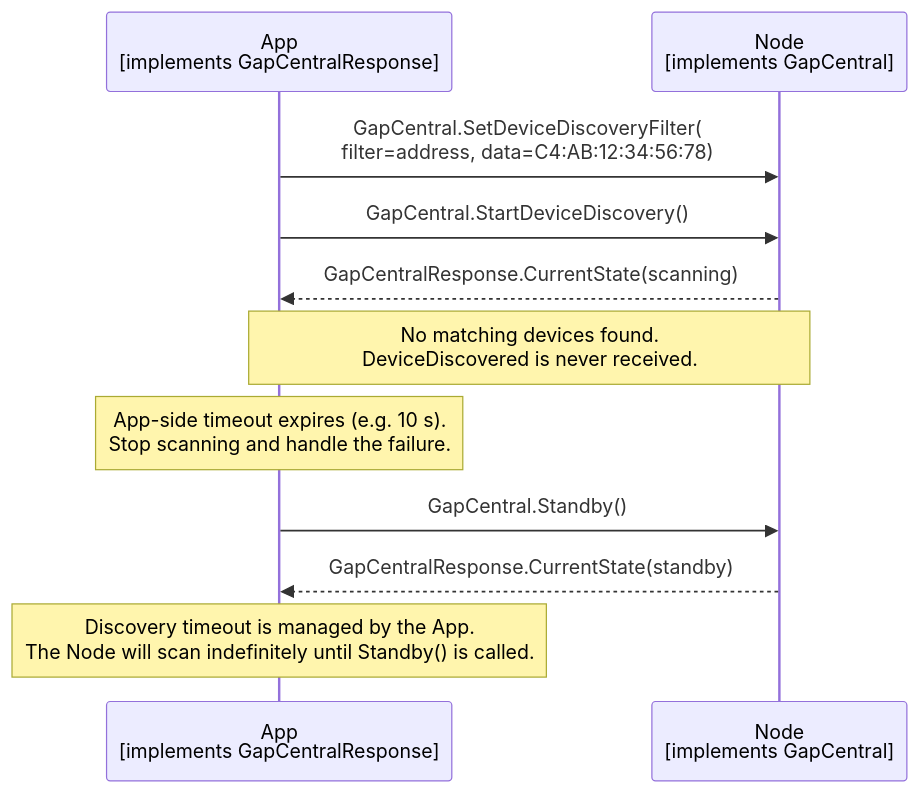
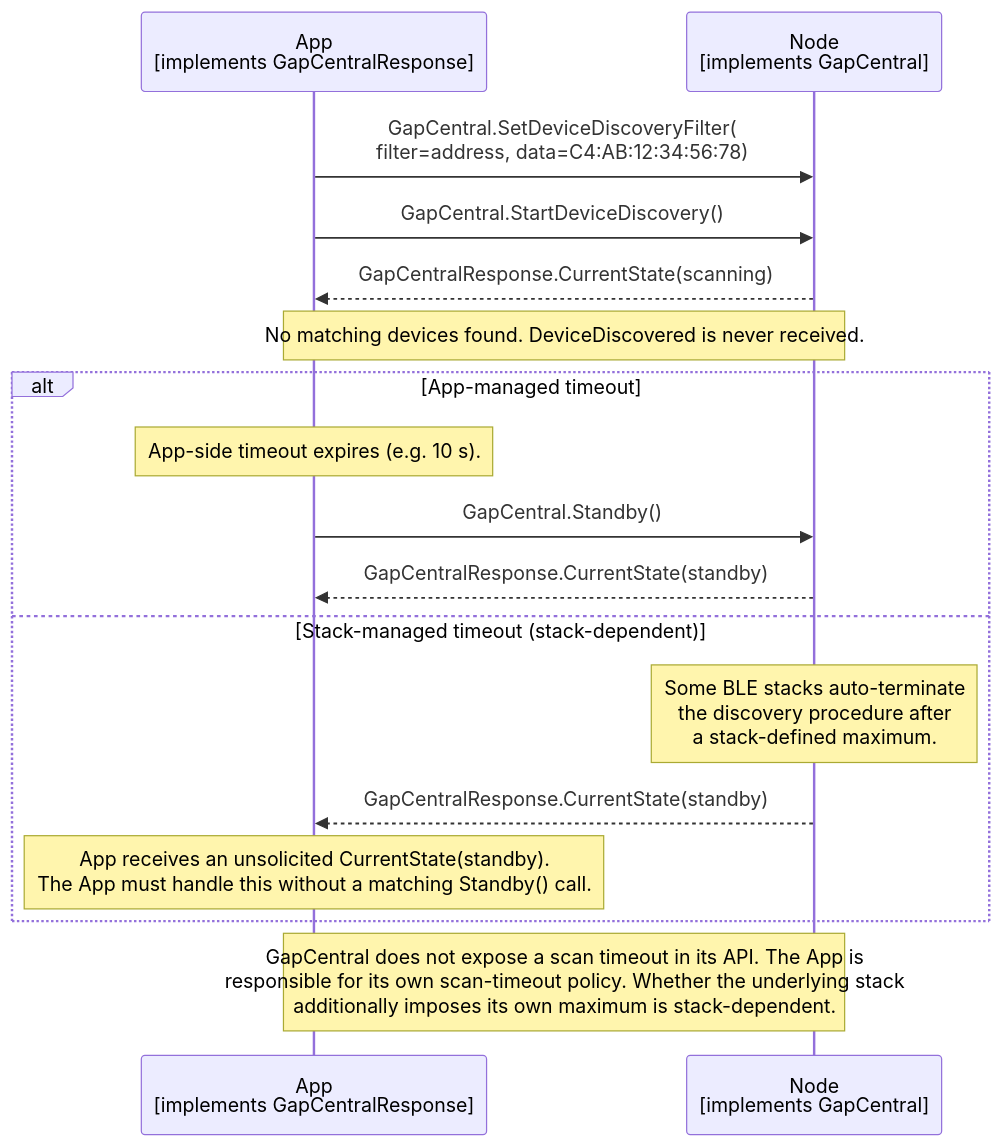
One commit to philips-software/amp-embedded-infra-lib changed the diagram in documents/modules/ROOT/partials/echoservices/gap_central/GapCentral_DiscoveryTimeout_sequence.mmd. Above: the diagram before and after it, drawn with Mermaid.

Commit message:
clarify that it can be stack dependent

```diff
--- a/documents/modules/ROOT/partials/echoservices/gap_central/GapCentral_DiscoveryTimeout_sequence.mmd
+++ b/documents/modules/ROOT/partials/echoservices/gap_central/GapCentral_DiscoveryTimeout_sequence.mmd
@@ -1,16 +1,21 @@
 sequenceDiagram
     participant App as App<br>[implements GapCentralResponse]
     participant Node as Node<br>[implements GapCentral]
 
     App->>Node: GapCentral.SetDeviceDiscoveryFilter(<br>filter=address, data=C4:AB:12:34:56:78)
     App->>Node: GapCentral.StartDeviceDiscovery()
     Node-->>App: GapCentralResponse.CurrentState(scanning)
 
-    Note over App, Node: No matching devices found.<br>DeviceDiscovered is never received.
+    Note over App, Node: No matching devices found. DeviceDiscovered is never received.
 
-    Note over App: App-side timeout expires (e.g. 10 s).<br>Stop scanning and handle the failure.
+    alt App-managed timeout
+        Note over App: App-side timeout expires (e.g. 10 s).
+        App->>Node: GapCentral.Standby()
+        Node-->>App: GapCentralResponse.CurrentState(standby)
+    else Stack-managed timeout (stack-dependent)
+        Note over Node: Some BLE stacks auto-terminate<br>the discovery procedure after<br>a stack-defined maximum.
+        Node-->>App: GapCentralResponse.CurrentState(standby)
+        Note over App: App receives an unsolicited CurrentState(standby).<br>The App must handle this without a matching Standby() call.
+    end
 
-    App->>Node: GapCentral.Standby()
-    Node-->>App: GapCentralResponse.CurrentState(standby)
-
-    Note over App: Discovery timeout is managed by the App.<br>The Node will scan indefinitely until Standby() is called.
+    Note over App, Node: GapCentral does not expose a scan timeout in its API. The App is<br>responsible for its own scan-timeout policy. Whether the underlying stack<br>additionally imposes its own maximum is stack-dependent.
```
